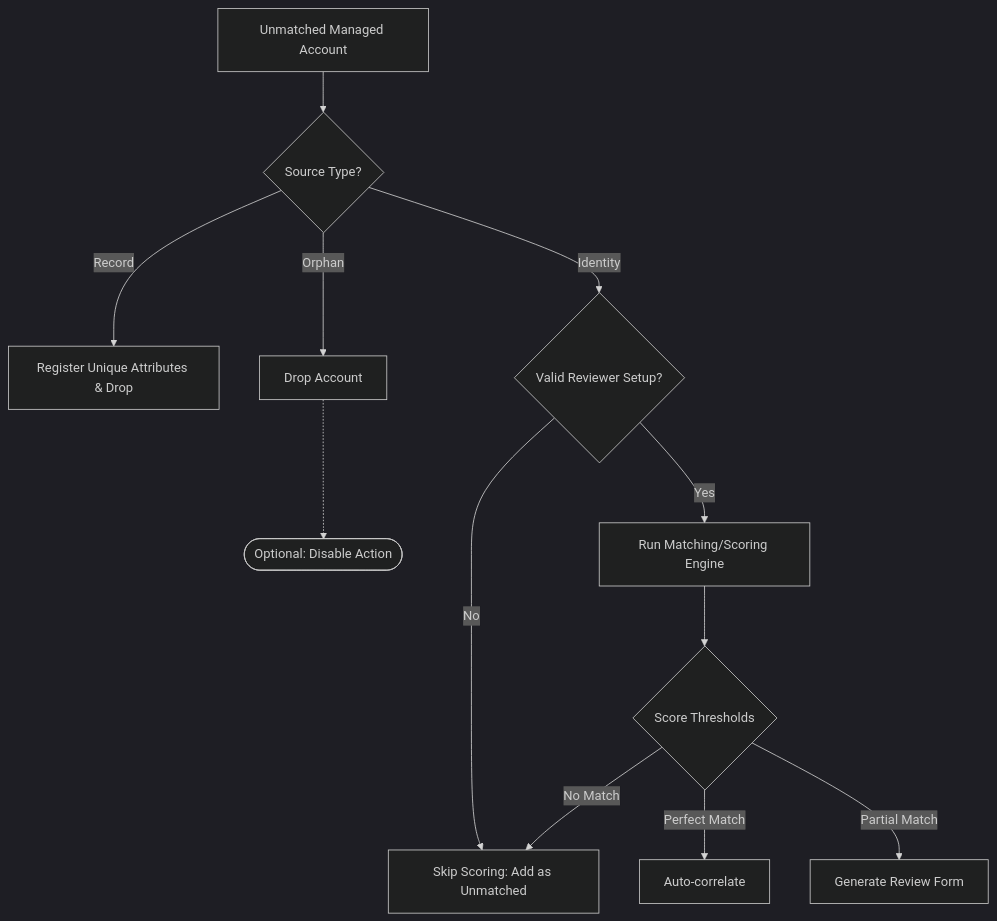
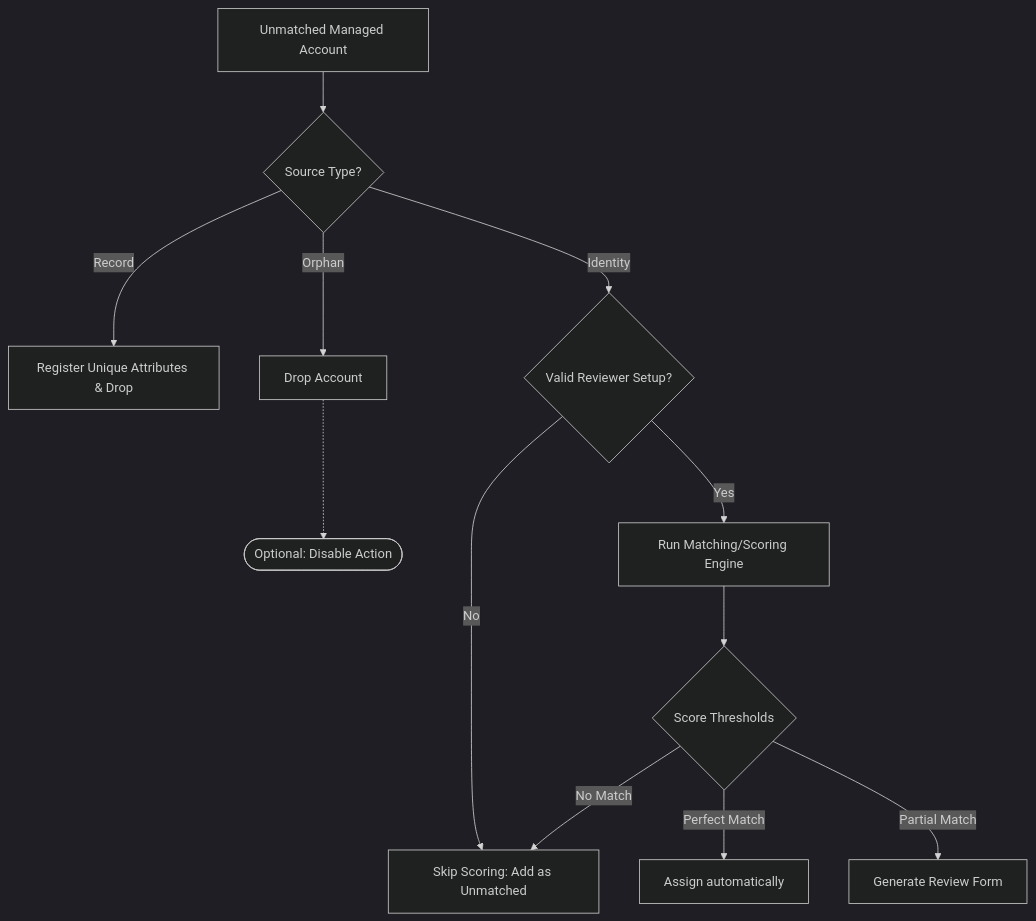
The second of 2 diagrams in docs/operations/account-list.md (fernando-delosrios-sp/colab-saas-conn-sailpoint-identity-fusion), drawn with Mermaid (dark theme) before and after one commit. The commit also changed other lines of this file and 54 other files, not shown here.

````diff
--- a/docs/operations/account-list.md
+++ b/docs/operations/account-list.md
@@ -80,14 +80,14 @@
 ```mermaid
 flowchart TD
     A[Unmatched Managed Account] --> B{Source Type?}
     B -- Record --> C[Register Unique Attributes & Drop]
     B -- Orphan --> D[Drop Account]
     D -.-> E([Optional: Disable Action])
     B -- Identity --> F{Valid Reviewer Setup?}
     F -- No --> G[Skip Scoring: Add as Unmatched]
     F -- Yes --> H[Run Matching/Scoring Engine]
     H --> I{Score Thresholds}
-    I -- Perfect Match --> J[Auto-correlate]
+    I -- Perfect Match --> J[Assign automatically]
     I -- Partial Match --> K[Generate Review Form]
     I -- No Match --> G
 ```
````
